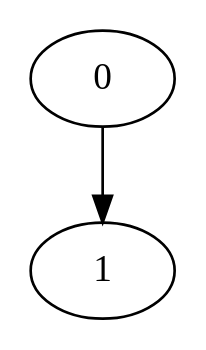
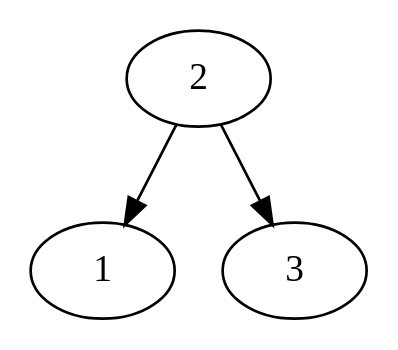
Before and after one commit to sleeepyskies/saarvive-selab23: the diagram in src/systemtest/resources/mapFiles/wrongTunnelHeight.dot, drawn with Graphviz. The commit also changed 27 other files, not shown here.

```diff
--- a/src/systemtest/resources/mapFiles/wrongTunnelHeight.dot
+++ b/src/systemtest/resources/mapFiles/wrongTunnelHeight.dot
@@ -1,7 +1,9 @@
 digraph G {
-	0;
+	2;
 	1;
+	3;
 
-	0 -> 1 [village=Frankfurt_am_Main; name=Meadow_Way; heightLimit=4; weight=10; primaryType=mainStreet; secondaryType=tunnel;];
+	2 -> 1 [village=Frankfurt_am_Main; name=Meadow_Way; heightLimit=4; weight=10; primaryType=mainStreet; secondaryType=tunnel;];
+	2 -> 3 [village=Frankfurt_am_Main; name=Hill_Way; heightLimit=1; weight=10; primaryType=sideStreet; secondaryType=none;];
 
 }
```
